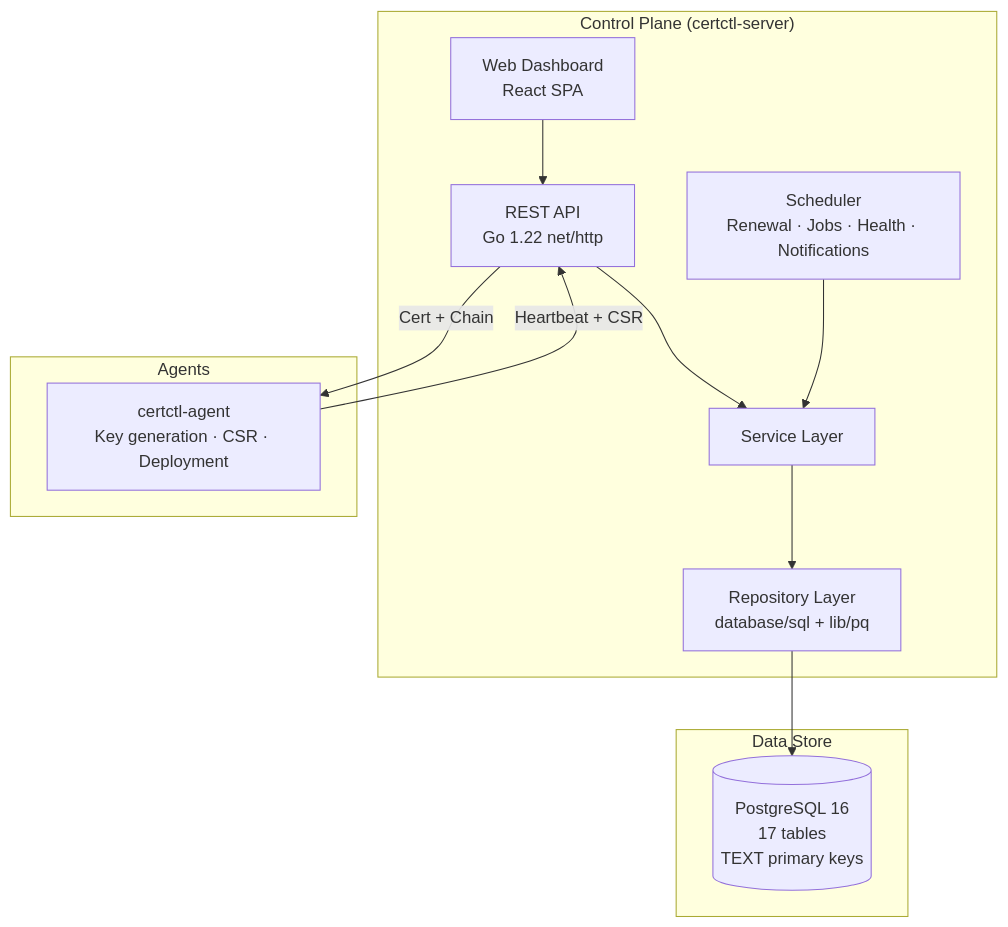
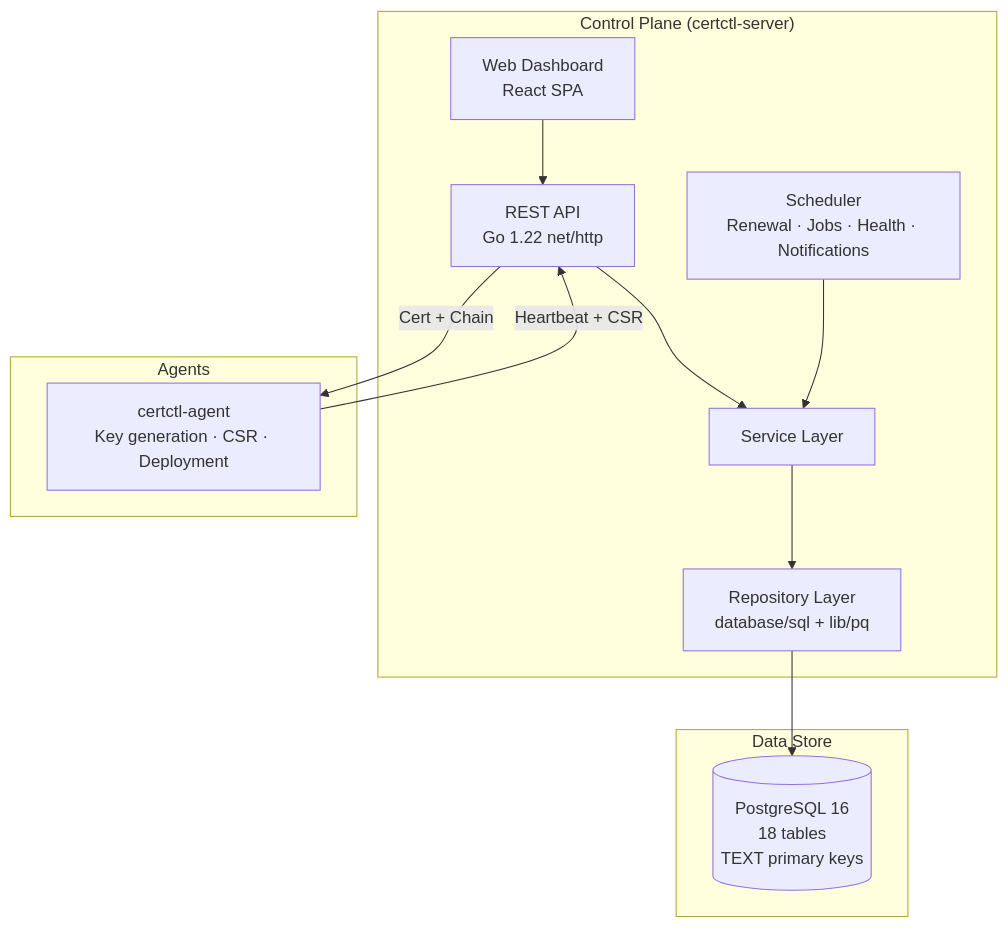
One commit to certctl-io/certctl changed the second of 2 diagrams in README.md. Above: the diagram before and after it, drawn with Mermaid. The commit also changed other lines of this file and 2 other files, not shown here.

First line of the commit message:
docs: update README, architecture, and demo docs for M15a revocation

````diff
--- a/README.md
+++ b/README.md
@@ -108,24 +108,24 @@
 ```mermaid
 flowchart TB
     subgraph "Control Plane (certctl-server)"
         DASH["Web Dashboard\nReact SPA"]
         API["REST API\nGo 1.22 net/http"]
         SVC["Service Layer"]
         REPO["Repository Layer\ndatabase/sql + lib/pq"]
         SCHED["Scheduler\nRenewal · Jobs · Health · Notifications"]
     end
 
     subgraph "Data Store"
-        PG[("PostgreSQL 16\n17 tables\nTEXT primary keys")]
+        PG[("PostgreSQL 16\n18 tables\nTEXT primary keys")]
     end
 
     subgraph "Agents"
         AG["certctl-agent\nKey generation · CSR · Deployment"]
     end
 
     DASH --> API
     API --> SVC --> REPO --> PG
     SCHED --> SVC
     AG -->|"Heartbeat + CSR"| API
     API -->|"Cert + Chain"| AG
 ```
````
